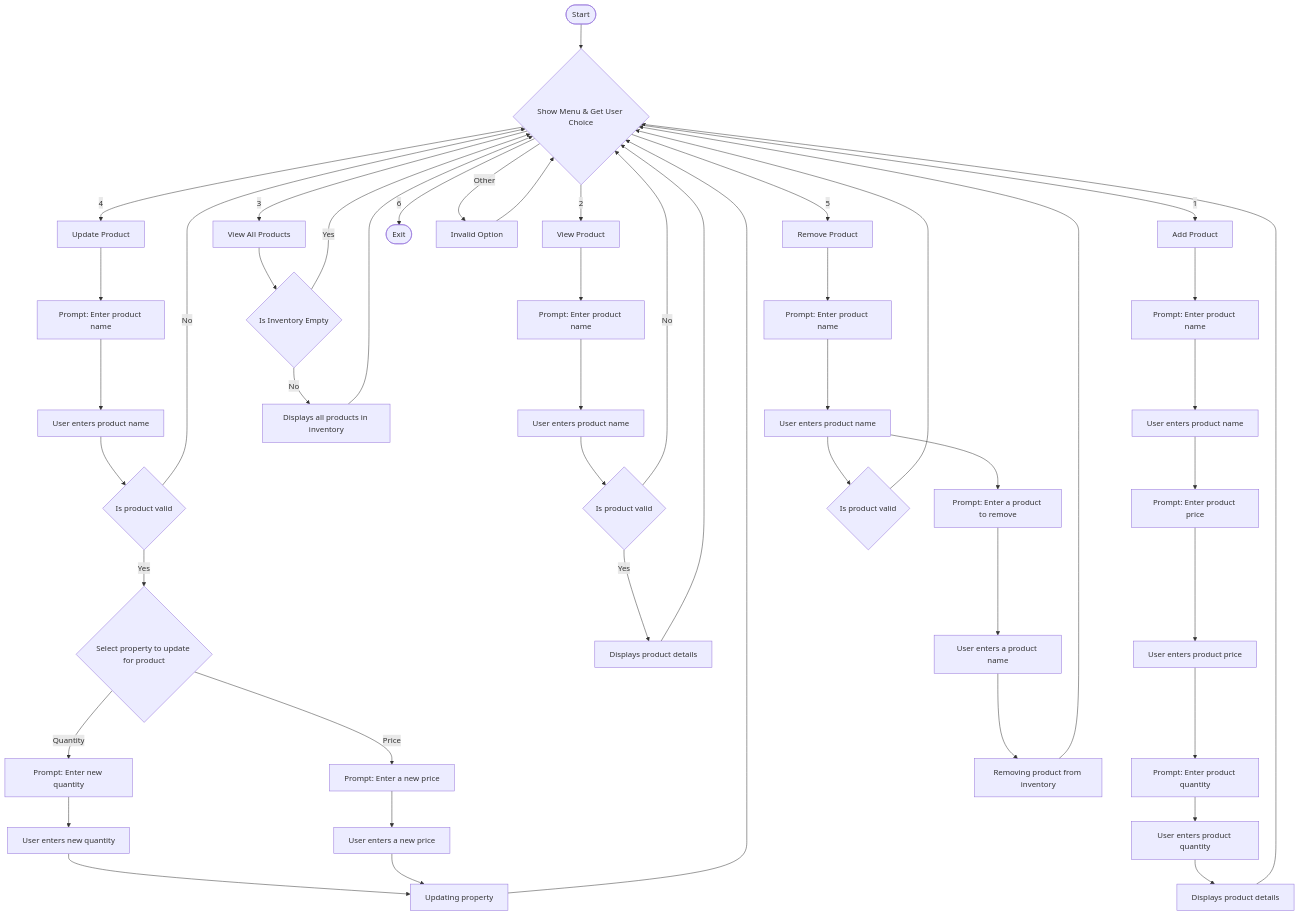
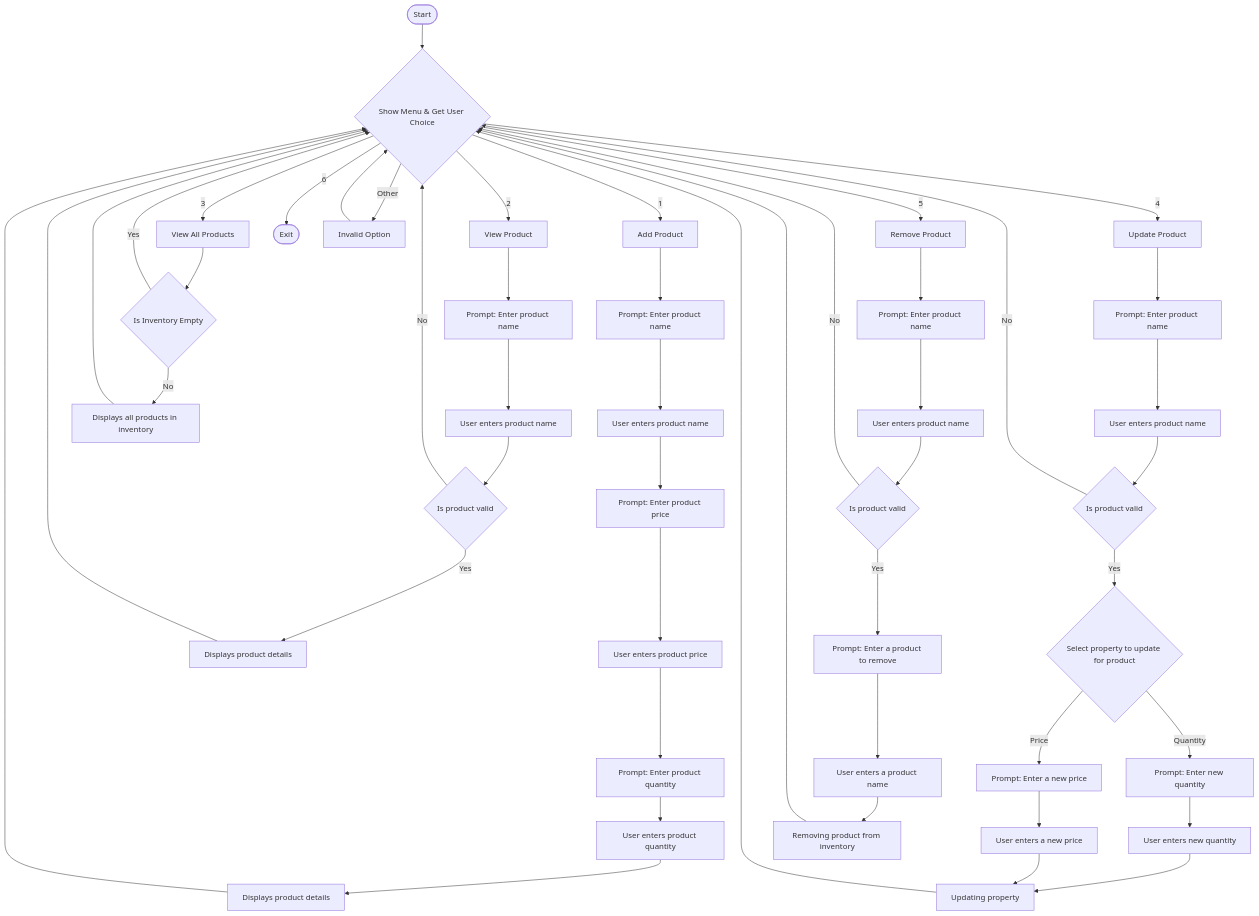
Before and after one commit to AdrianM10/inventory-mgmt-system: the diagram in flowchart.mmd, drawn with Mermaid. The commit also changed 1 other file, not shown here.

Commit message:
Update flow for product removal, add decision point for enhanced clarity

```diff
--- a/flowchart.mmd
+++ b/flowchart.mmd
@@ -1,66 +1,66 @@
 flowchart TD
     Start([Start])
     Menu{Show Menu & Get User Choice}
     Add[Add Product]
     GetProductName[Prompt: Enter product name]
     SetProductName[User enters product name]
     GetProductPrice[Prompt: Enter product price]
     SetProductPrice[User enters product price]
     GetProductQty[Prompt: Enter product quantity]
     SetProductQty[User enters product quantity]
     DisplayAddProduct[Displays product details] 
     
     ViewOne[View Product]
     DisplayViewProduct[Displays product details]    
     GetProductViewOneName[Prompt: Enter product name]
     SetProductViewOneName[User enters product name]
     InvalidProduct{Is product valid}
     
     ViewAll[View All Products]
     InventoryEmpty{Is Inventory Empty}
     DisplayProducts[Displays all products in inventory]
     
     Update[Update Product]
     GetProductUpdateName[Prompt: Enter product name]
     SetProductUpdateName[User enters product name]
     UpdateProperty{Select property to update for product}
     GetUpdateQty[Prompt: Enter new quantity]
     SetUpdateQty[User enters new quantity]
     GetUpdatePrice[Prompt: Enter a new price]
     SetUpdatePrice[User enters a new price]
     InvalidProductUpdate{Is product valid}
     PostUpdatedProperty[Updating property]
 
     
     Remove[Remove Product]
     GetProductRemovalName[Prompt: Enter product name]
     SetProductRemovalName[User enters product name]
     GetRemovalProduct[Prompt: Enter a product to remove]
     SetRemovalProduct[User enters a product name]
     RemovalMsg[Removing product from inventory]
     InvalidProductRemoval{Is product valid}
     
     Exit([Exit])
     Invalid[Invalid Option]
 
     Start --> Menu
     Menu -->|1| Add
     Add --> GetProductName --> SetProductName --> GetProductPrice --> SetProductPrice --> GetProductQty --> SetProductQty --> DisplayAddProduct --> Menu
     Menu -->|2| ViewOne
     ViewOne --> GetProductViewOneName --> SetProductViewOneName --> InvalidProduct -- Yes --> DisplayViewProduct --> Menu
     InvalidProduct -- No --> Menu
     Menu -->|3| ViewAll
     ViewAll --> InventoryEmpty -- Yes --> Menu
     InventoryEmpty -- No --> DisplayProducts --> Menu
     Menu -->|4| Update
     Update --> GetProductUpdateName --> SetProductUpdateName --> InvalidProductUpdate -- Yes --> UpdateProperty
     InvalidProductUpdate -- No --> Menu
     UpdateProperty -- Quantity --> GetUpdateQty --> SetUpdateQty --> PostUpdatedProperty
     UpdateProperty -- Price --> GetUpdatePrice --> SetUpdatePrice --> PostUpdatedProperty
     PostUpdatedProperty --> Menu
     Menu -->|5| Remove
-    Remove --> GetProductRemovalName --> SetProductRemovalName --> GetRemovalProduct --> SetRemovalProduct --> RemovalMsg --> Menu
-    SetProductRemovalName --> InvalidProductRemoval --> Menu
+    Remove --> GetProductRemovalName --> SetProductRemovalName --> InvalidProductRemoval -- Yes --> GetRemovalProduct --> SetRemovalProduct --> RemovalMsg --> Menu
+    InvalidProductRemoval -- No --> Menu
     Menu -->|6| Exit
     Menu -->|Other| Invalid
     Invalid --> Menu
```
